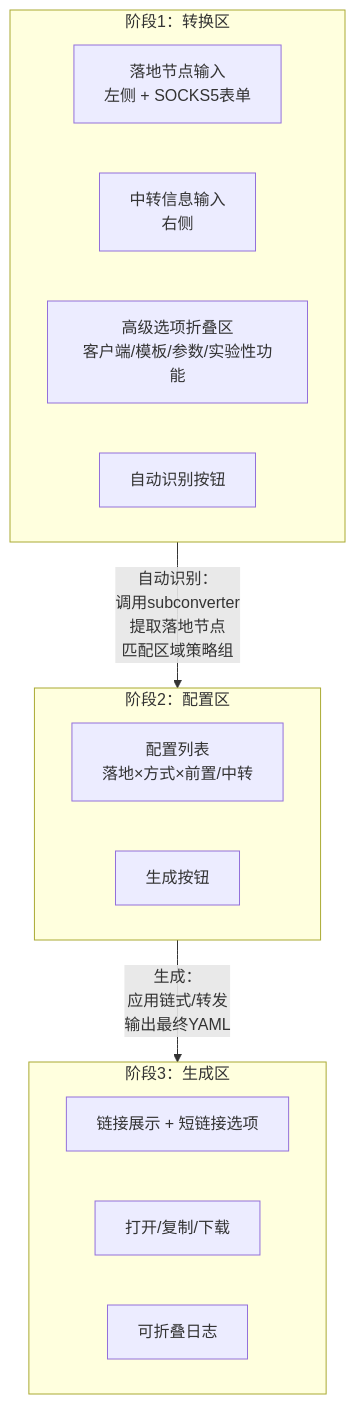
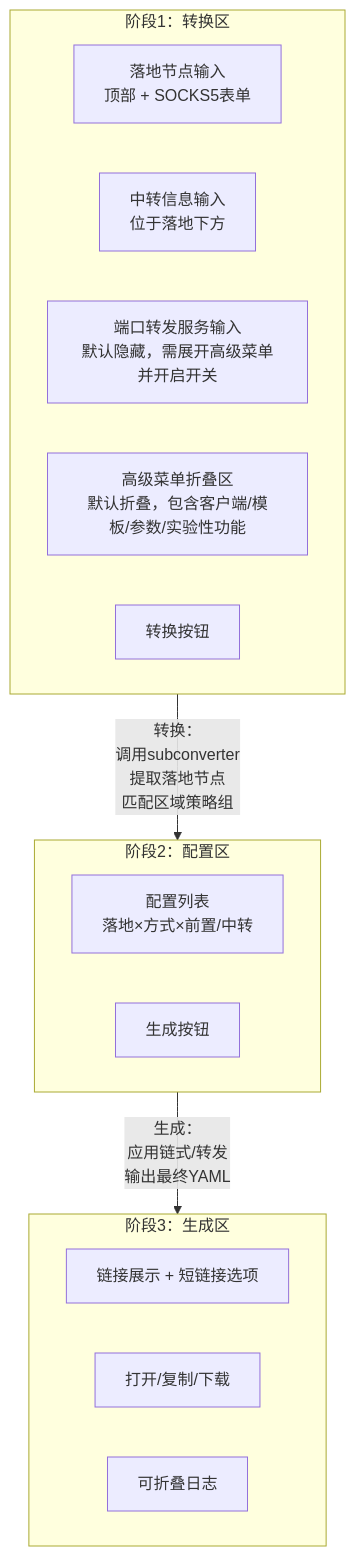
The second of 2 diagrams in docs/spec/01-overview.md (slackworker/chain-subconverter), drawn with Mermaid before and after one commit. The commit also changed other lines of this file and 1 other file, not shown here.

Commit message:
docs: update overview and frontend specifications to clarify input areas and enhance layout details

````diff
--- a/docs/spec/01-overview.md
+++ b/docs/spec/01-overview.md
@@ -51,23 +51,24 @@
 ```mermaid
 flowchart TD
   subgraph Stage1[阶段1：转换区]
-    L1[落地节点输入<br/>左侧 + SOCKS5表单]
-    T1[中转信息输入<br/>右侧]
-    ADV[高级选项折叠区<br/>客户端/模板/参数/实验性功能]
-    BTN1[自动识别按钮]
+    L1[落地节点输入<br/>顶部 + SOCKS5表单]
+    T1[中转信息输入<br/>位于落地下方]
+    PF1[端口转发服务输入<br/>默认隐藏，需展开高级菜单并开启开关]
+    ADV[高级菜单折叠区<br/>默认折叠，包含客户端/模板/参数/实验性功能]
+    BTN1[转换按钮]
   end
 
   subgraph Stage2[阶段2：配置区]
     LIST[配置列表<br/>落地×方式×前置/中转]
     BTN2[生成按钮]
   end
 
   subgraph Stage3[阶段3：生成区]
     LINK[链接展示 + 短链接选项]
     ACTIONS[打开/复制/下载]
     LOG[可折叠日志]
   end
 
-  Stage1 -->|"自动识别：<br/>调用subconverter<br/>提取落地节点<br/>匹配区域策略组"| Stage2
+  Stage1 -->|"转换：<br/>调用subconverter<br/>提取落地节点<br/>匹配区域策略组"| Stage2
   Stage2 -->|"生成：<br/>应用链式/转发<br/>输出最终YAML"| Stage3
 ```
````
